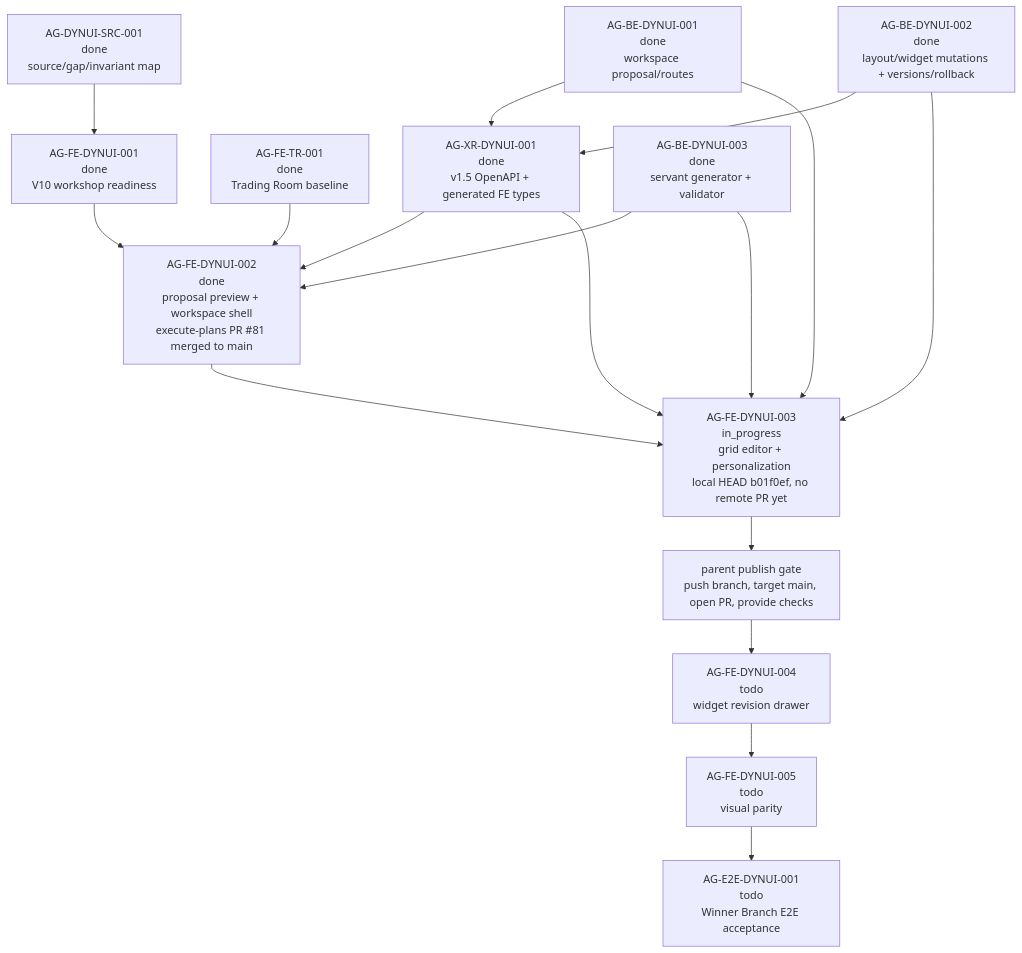
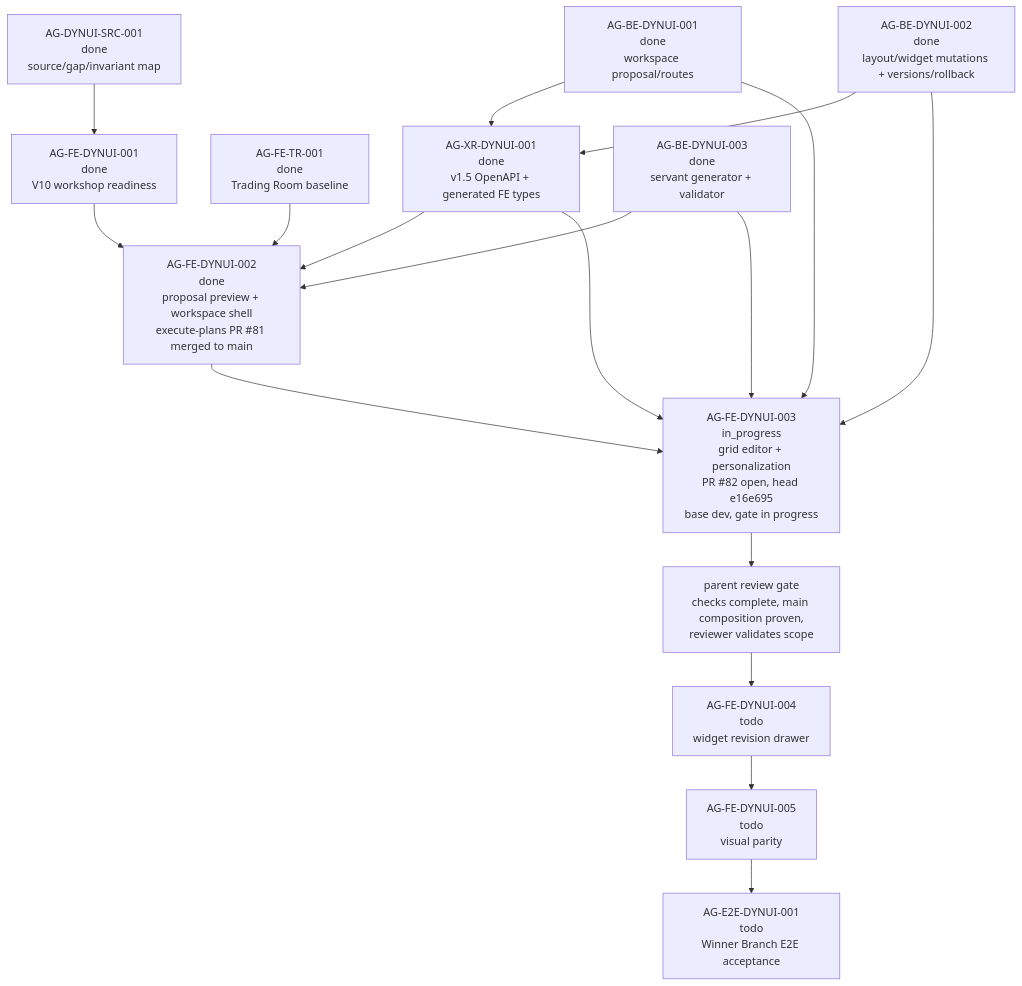
The diagram in support/sidecars/AG-FE-DYNUI-003/AG-FE-DYNUI-003-SIDECAR-ACCEPTANCE-FOLLOWUP-2.md (ajoe734/pantheon), drawn with Mermaid before and after one commit. The commit also changed other lines of this file and 1 other file, not shown here.

First line of the commit message:
AG-FE-DYNUI-003-SIDECAR-ACCEPTANCE-FOLLOWUP-2: anchor refresh

````diff
--- a/support/sidecars/AG-FE-DYNUI-003/AG-FE-DYNUI-003-SIDECAR-ACCEPTANCE-FOLLOWUP-2.md
+++ b/support/sidecars/AG-FE-DYNUI-003/AG-FE-DYNUI-003-SIDECAR-ACCEPTANCE-FOLLOWUP-2.md
@@ -106,23 +112,23 @@
 ```mermaid
 graph TD
     SRC["AG-DYNUI-SRC-001<br/>done<br/>source/gap/invariant map"] --> FE001
     FE001["AG-FE-DYNUI-001<br/>done<br/>V10 workshop readiness"] --> FE002
     FETR["AG-FE-TR-001<br/>done<br/>Trading Room baseline"] --> FE002
 
     BE001["AG-BE-DYNUI-001<br/>done<br/>workspace proposal/routes"] --> XR001
     BE002["AG-BE-DYNUI-002<br/>done<br/>layout/widget mutations + versions/rollback"] --> XR001
     BE003["AG-BE-DYNUI-003<br/>done<br/>servant generator + validator"] --> FE002
     XR001["AG-XR-DYNUI-001<br/>done<br/>v1.5 OpenAPI + generated FE types"] --> FE002
 
     FE002["AG-FE-DYNUI-002<br/>done<br/>proposal preview + workspace shell<br/>execute-plans PR #81 merged to main"] --> FE003
     BE001 --> FE003
     BE002 --> FE003
     BE003 --> FE003
     XR001 --> FE003
 
-    FE003["AG-FE-DYNUI-003<br/>in_progress<br/>grid editor + personalization<br/>local HEAD b01f0ef, no remote PR yet"]
-    FE003 --> PUBLISH["parent publish gate<br/>push branch, target main, open PR, provide checks"]
-    PUBLISH --> FE004["AG-FE-DYNUI-004<br/>todo<br/>widget revision drawer"]
+    FE003["AG-FE-DYNUI-003<br/>in_progress<br/>grid editor + personalization<br/>PR #82 open, head e16e695<br/>base dev, gate in progress"]
+    FE003 --> REVIEWGATE["parent review gate<br/>checks complete, main composition proven,<br/>reviewer validates scope"]
+    REVIEWGATE --> FE004["AG-FE-DYNUI-004<br/>todo<br/>widget revision drawer"]
     FE004 --> FE005["AG-FE-DYNUI-005<br/>todo<br/>visual parity"]
     FE005 --> E2E["AG-E2E-DYNUI-001<br/>todo<br/>Winner Branch E2E acceptance"]
 ```
````
